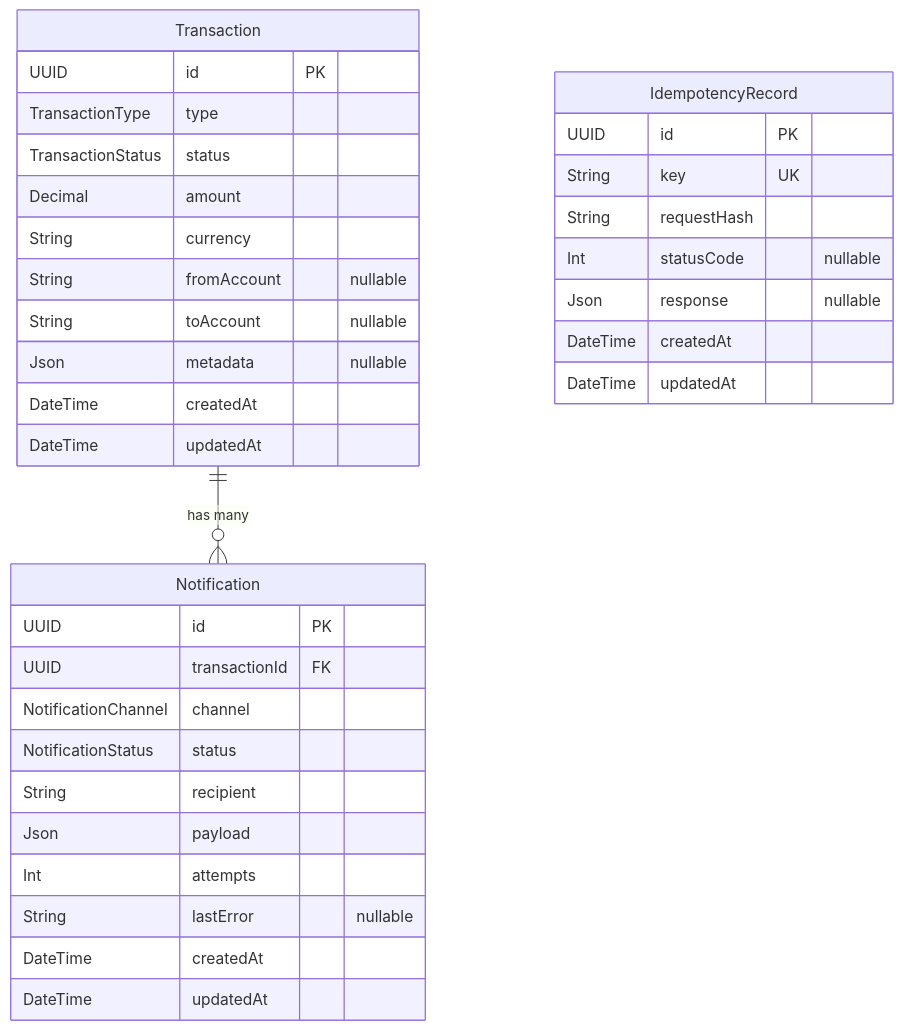
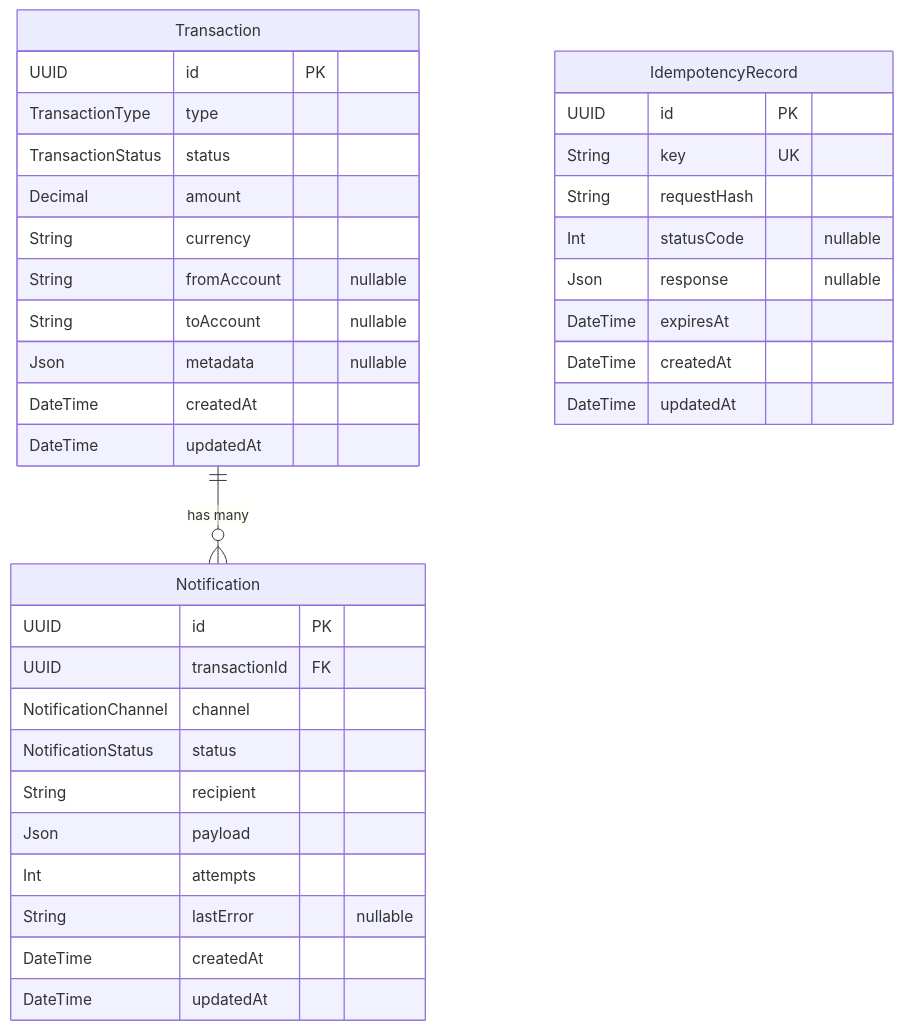
Before and after one commit to trongtrandp/Transaction-Ledger-System: the sixth of 6 diagrams in docs/ARCHITECTURE.md, drawn with Mermaid. The commit also changed other lines of this file and 22 other files, not shown here.

````diff
--- a/docs/ARCHITECTURE.md
+++ b/docs/ARCHITECTURE.md
@@ -197,40 +197,41 @@
 ```mermaid
 erDiagram
     Transaction ||--o{ Notification : "has many"
 
     Transaction {
         UUID id PK
         TransactionType type
         TransactionStatus status
         Decimal amount
         String currency
         String fromAccount "nullable"
         String toAccount "nullable"
         Json metadata "nullable"
         DateTime createdAt
         DateTime updatedAt
     }
 
     Notification {
         UUID id PK
         UUID transactionId FK
         NotificationChannel channel
         NotificationStatus status
         String recipient
         Json payload
         Int attempts
         String lastError "nullable"
         DateTime createdAt
         DateTime updatedAt
     }
 
     IdempotencyRecord {
         UUID id PK
         String key UK
         String requestHash
         Int statusCode "nullable"
         Json response "nullable"
+        DateTime expiresAt
         DateTime createdAt
         DateTime updatedAt
     }
 ```
````
